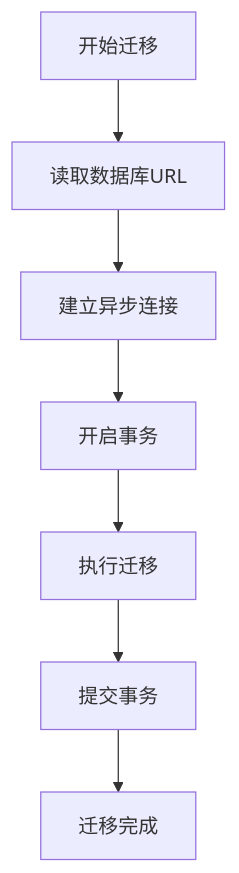
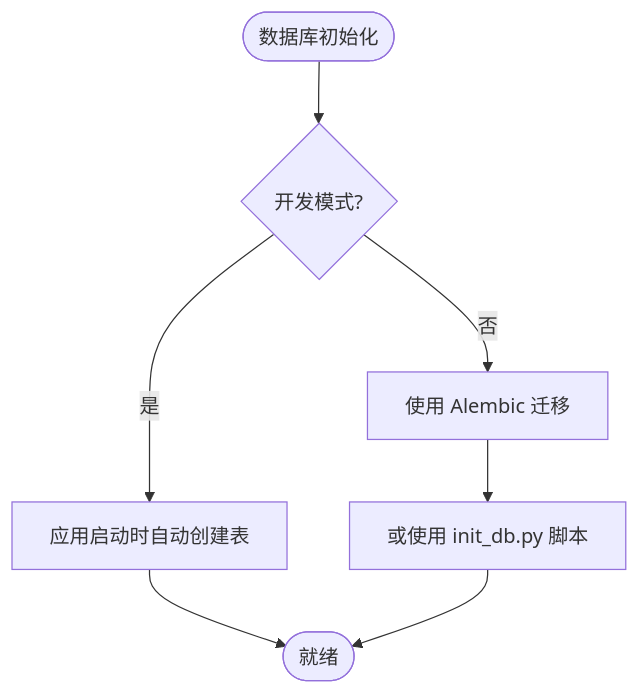
Before and after one commit to sansansansansan2022-web/hotclaw: the fifth of 7 diagrams in .qoder/repowiki/zh/content/部署指南/部署指南.md, drawn with Mermaid. The commit also changed other lines of this file and 288 other files, not shown here.

````diff
--- a/.qoder/repowiki/zh/content/部署指南/部署指南.md
+++ b/.qoder/repowiki/zh/content/部署指南/部署指南.md
@@ -226,9 +221,9 @@
 ```mermaid
 flowchart TD
-MIG_START["开始迁移"] --> CFG["读取数据库URL"]
-CFG --> CONN["建立异步连接"]
-CONN --> TX["开启事务"]
-TX --> RUN["执行迁移"]
-RUN --> COMMIT["提交事务"]
-COMMIT --> MIG_END["迁移完成"]
+Start(["数据库初始化"]) --> DevMode{"开发模式?"}
+DevMode --> |是| AutoCreate["应用启动时自动创建表"]
+DevMode --> |否| Alembic["使用 Alembic 迁移"]
+Alembic --> InitScript["或使用 init_db.py 脚本"]
+AutoCreate --> Ready(["就绪"])
+InitScript --> Ready
 ```
````
